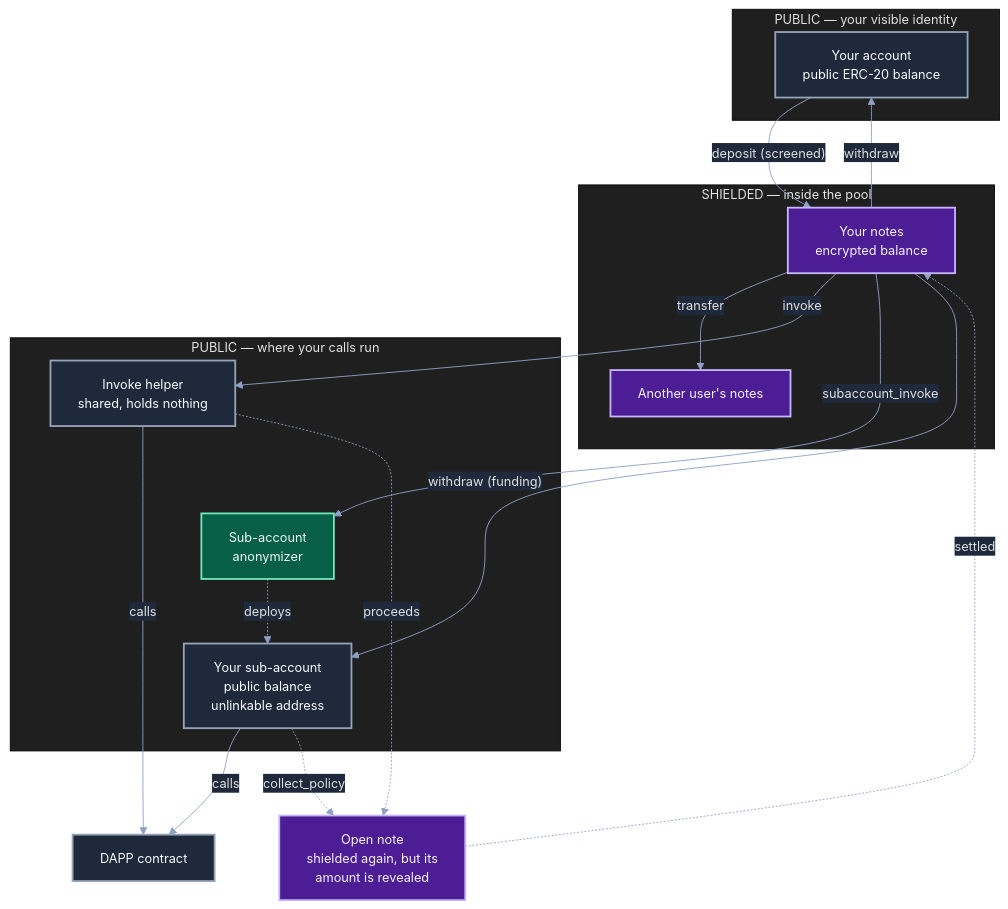
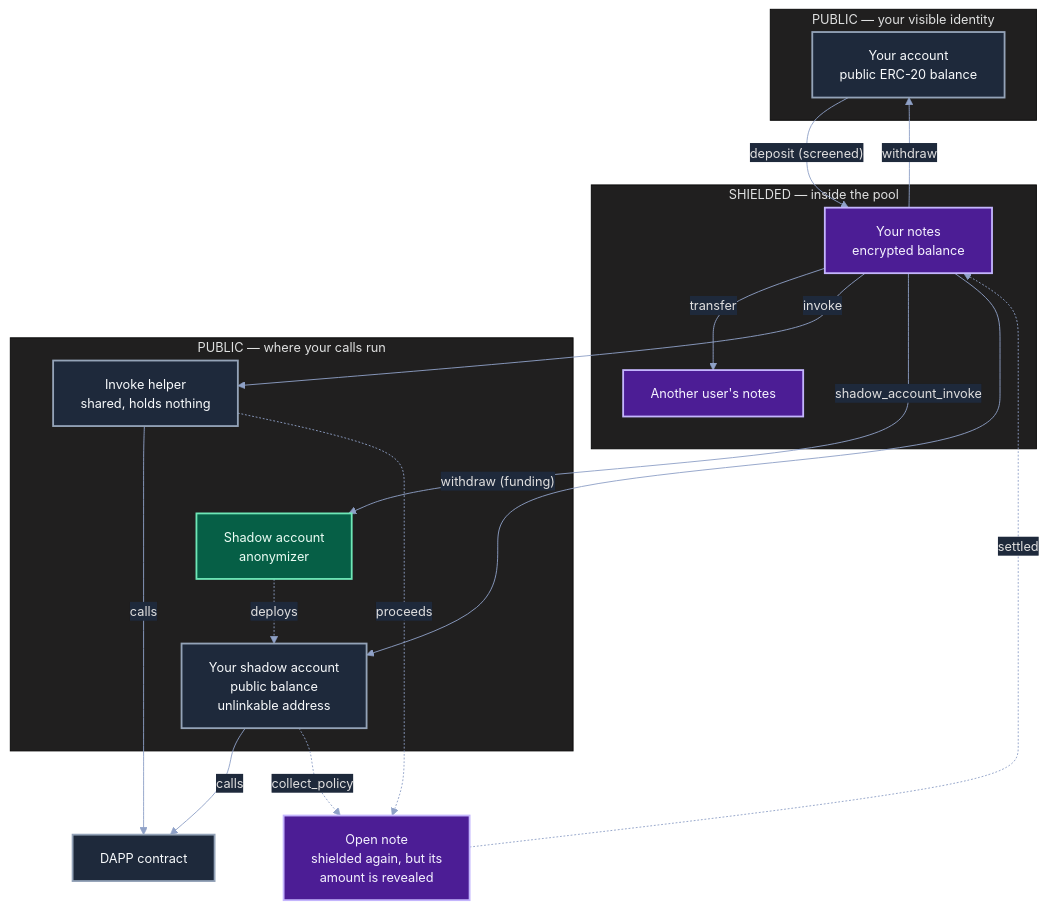
The diagram in www/docs/guides/account/pictures/strk20-architecture.mmd (starknet-io/starknet.js), drawn with Mermaid before and after one commit. The commit also changed 12 other files, not shown here.

```diff
--- a/www/docs/guides/account/pictures/strk20-architecture.mmd
+++ b/www/docs/guides/account/pictures/strk20-architecture.mmd
@@ -1,46 +1,46 @@
 ---
 config:
   theme: neo-dark
   themeVariables:
     lineColor: '#8fa1c7'
     edgeLabelBackground: '#1e293b'
 ---
 flowchart TB
  subgraph WALLET["PUBLIC — your visible identity"]
         Account["Your account<br>public ERC-20 balance"]
   end
  subgraph SHIELDED["SHIELDED — inside the pool"]
         Notes["Your notes<br>encrypted balance"]
         Peer["Another user's notes"]
   end
  subgraph EXEC["PUBLIC — where your calls run"]
         Helper["Invoke helper<br>shared, holds nothing"]
-        Anonymizer["Sub-account<br>anonymizer"]
-        SubAccount["Your sub-account<br>public balance<br>unlinkable address"]
+        Anonymizer["Shadow account<br>anonymizer"]
+        ShadowAccount["Your shadow account<br>public balance<br>unlinkable address"]
   end
     Dapp["DAPP contract"]
     Open["Open note<br>shielded again, but its<br>amount is revealed"]
     Account -- "deposit (screened)" --> Notes
     Notes -- withdraw --> Account
     Notes -- transfer --> Peer
     Notes -- invoke --> Helper
-    Notes -- subaccount_invoke --> Anonymizer
-    Notes -- "withdraw (funding)" --> SubAccount
+    Notes -- shadow_account_invoke --> Anonymizer
+    Notes -- "withdraw (funding)" --> ShadowAccount
     Helper ~~~ Anonymizer
-    Anonymizer -. deploys .-> SubAccount
+    Anonymizer -. deploys .-> ShadowAccount
     Helper -- calls --> Dapp
-    SubAccount -- calls --> Dapp
+    ShadowAccount -- calls --> Dapp
     Helper -. proceeds .-> Open
-    SubAccount -. collect_policy .-> Open
+    ShadowAccount -. collect_policy .-> Open
     Open -. settled .-> Notes
     Notes:::shielded
     Open:::shielded
     Peer:::shielded
     Anonymizer:::infra
     Account:::public
-    SubAccount:::public
+    ShadowAccount:::public
     Helper:::public
     Dapp:::public
     classDef shielded fill:#4c1d95,stroke:#c4b5fd,stroke-width:2px,color:#f5f3ff
     classDef public fill:#1e293b,stroke:#94a3b8,stroke-width:2px,color:#f8fafc
     classDef infra fill:#065f46,stroke:#6ee7b7,stroke-width:2px,color:#ecfdf5
```
